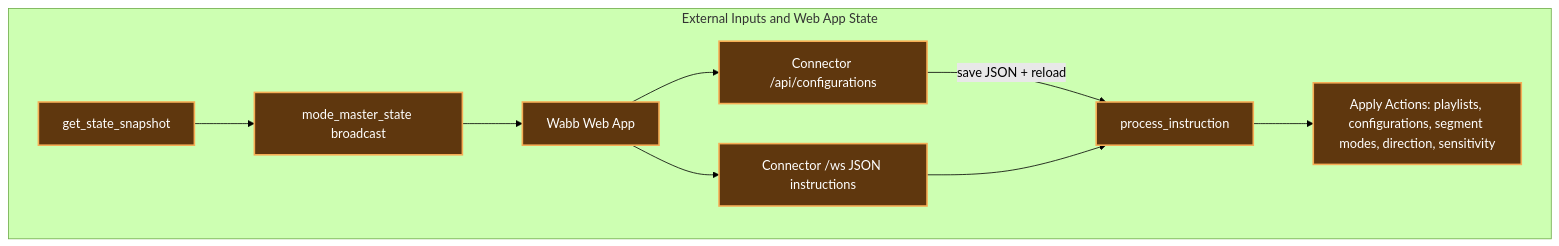
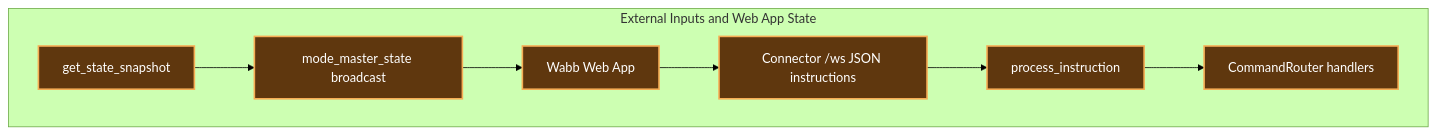
One commit to LucRobey/vialactee changed the third of 3 diagrams in core/precisions/mode_master.md. Above: the diagram before and after it, drawn with Mermaid (forest theme). The commit also changed other lines of this file and 61 other files, not shown here.

````diff
--- a/core/precisions/mode_master.md
+++ b/core/precisions/mode_master.md
@@ -84,22 +54,16 @@
 ```mermaid
 graph TD
     classDef external fill:#5f370e,stroke:#f6ad55,stroke-width:2px,color:#fff;
 
     subgraph external_inputs [External Inputs and Web App State]
-        W[Wabb Web App]:::external
+        W["Wabb Web App"]:::external
         X["Connector /ws JSON instructions"]:::external
-        API["Connector /api/configurations"]:::external
+        Y["process_instruction"]:::external
+        R["CommandRouter handlers"]:::external
         SNAP["get_state_snapshot"]:::external
-        Y[process_instruction]:::external
-        Z["Apply Actions: playlists, configurations, segment modes, direction, sensitivity"]:::external
         PUSH["mode_master_state broadcast"]:::external
-        
-        W --> X
-        W --> API
-        API -->|"save JSON + reload"| Y
-        X --> Y
-        Y --> Z
-        SNAP --> PUSH
-        PUSH --> W
+
+        W --> X --> Y --> R
+        SNAP --> PUSH --> W
     end
 ```
````
